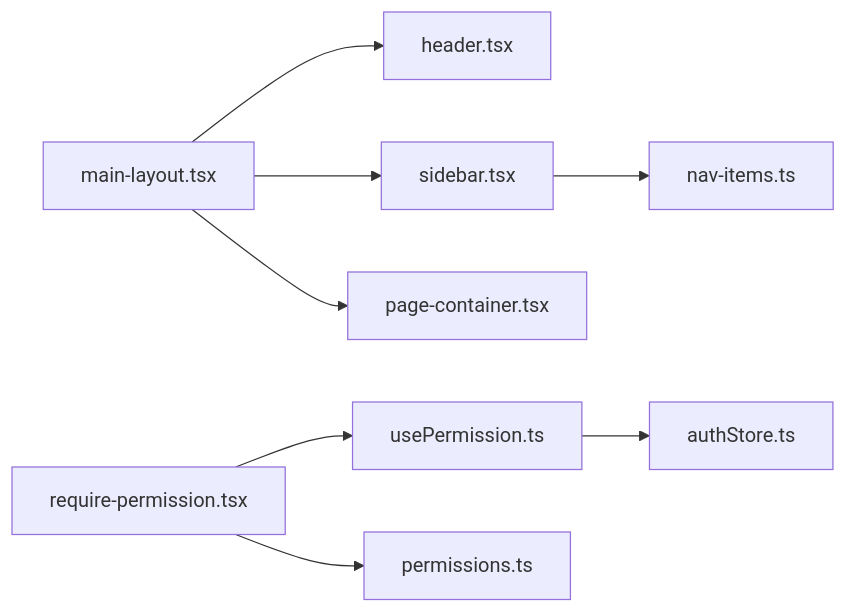
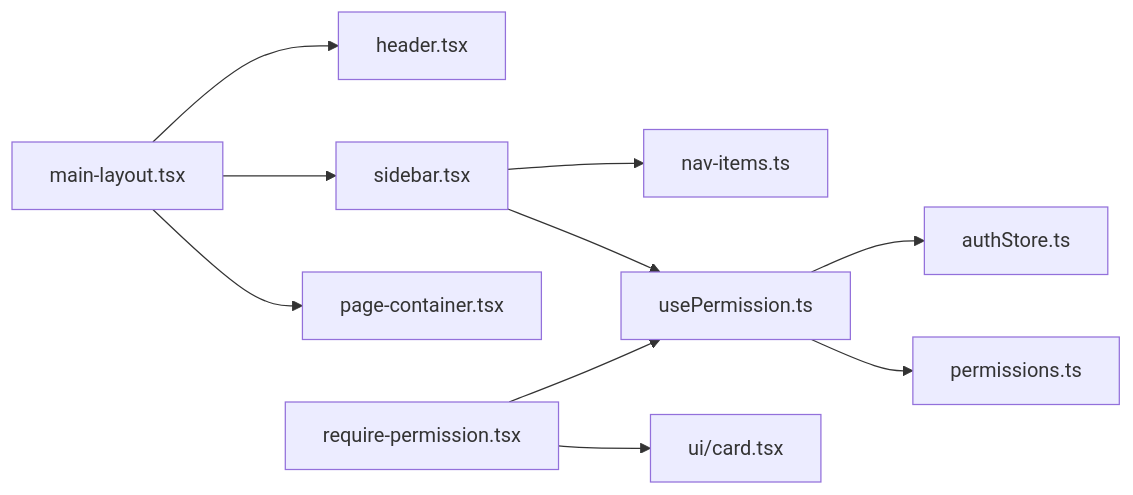
Before and after one commit to Damao997/newproject: the fourth of 4 diagrams in .qoder/repowiki/zh/content/架构设计/组件架构/布局组件.md, drawn with Mermaid. The commit also changed other lines of this file and 10 other files, not shown here.

````diff
--- a/.qoder/repowiki/zh/content/架构设计/组件架构/布局组件.md
+++ b/.qoder/repowiki/zh/content/架构设计/组件架构/布局组件.md
@@ -369,10 +405,12 @@
 ```mermaid
 graph LR
 MAIN["main-layout.tsx"] --> HEADER["header.tsx"]
 MAIN --> SIDEBAR["sidebar.tsx"]
 MAIN --> PAGE["page-container.tsx"]
 SIDEBAR --> NAV["nav-items.ts"]
-RP["require-permission.tsx"] --> UP["usePermission.ts"]
+SIDEBAR --> UP["usePermission.ts"]
 UP --> AUTH["authStore.ts"]
-RP --> PERM["permissions.ts"]
+UP --> PERM["permissions.ts"]
+RP["require-permission.tsx"] --> UP
+RP --> CARD["ui/card.tsx"]
 ```
````
